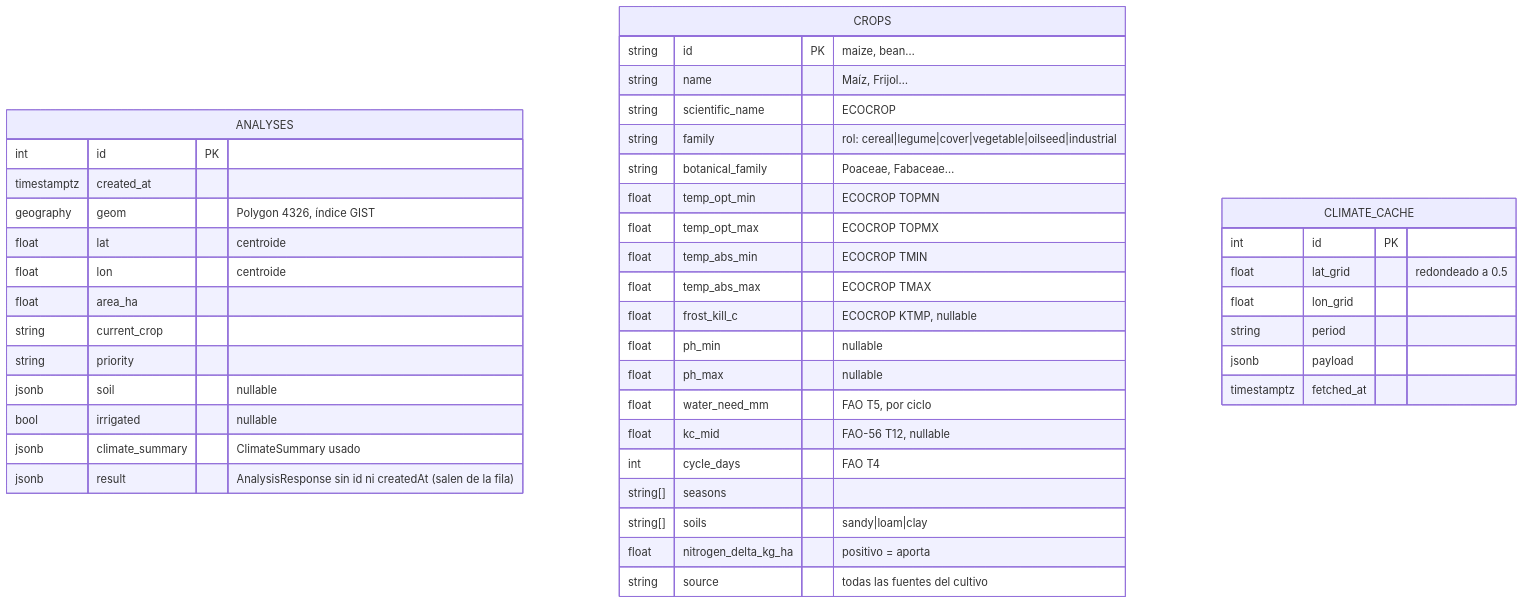
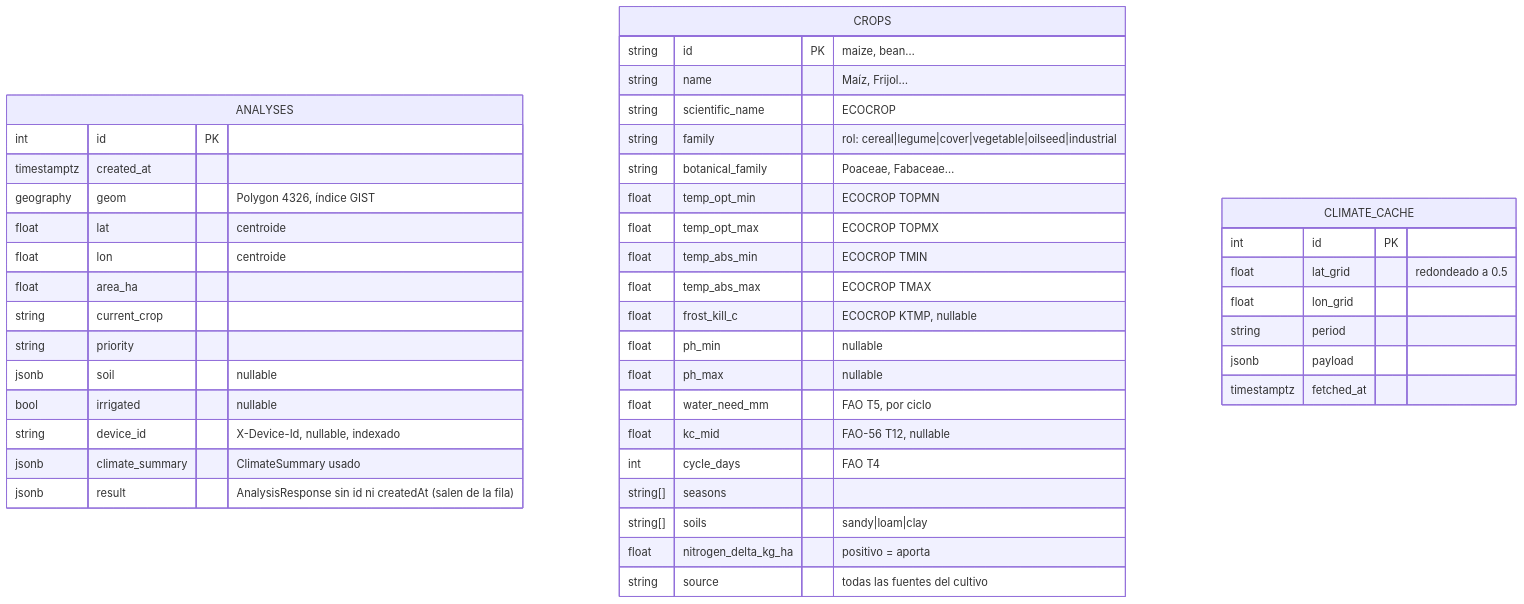
One commit to Maurongas/AgroBytes changed the third of 3 diagrams in docs/ARQUITECTURA.md. Above: the diagram before and after it, drawn with Mermaid. The commit also changed other lines of this file and 20 other files, not shown here.

````diff
--- a/docs/ARQUITECTURA.md
+++ b/docs/ARQUITECTURA.md
@@ -297,46 +337,47 @@
 ```mermaid
 erDiagram
     ANALYSES {
         int id PK
         timestamptz created_at
         geography geom "Polygon 4326, índice GIST"
         float lat "centroide"
         float lon "centroide"
         float area_ha
         string current_crop
         string priority
         jsonb soil "nullable"
         bool irrigated "nullable"
+        string device_id "X-Device-Id, nullable, indexado"
         jsonb climate_summary "ClimateSummary usado"
         jsonb result "AnalysisResponse sin id ni createdAt (salen de la fila)"
     }
     CROPS {
         string id PK "maize, bean…"
         string name "Maíz, Frijol…"
         string scientific_name "ECOCROP"
         string family "rol: cereal|legume|cover|vegetable|oilseed|industrial"
         string botanical_family "Poaceae, Fabaceae…"
         float temp_opt_min "ECOCROP TOPMN"
         float temp_opt_max "ECOCROP TOPMX"
         float temp_abs_min "ECOCROP TMIN"
         float temp_abs_max "ECOCROP TMAX"
         float frost_kill_c "ECOCROP KTMP, nullable"
         float ph_min "nullable"
         float ph_max "nullable"
         float water_need_mm "FAO T5, por ciclo"
         float kc_mid "FAO-56 T12, nullable"
         int cycle_days "FAO T4"
         string[] seasons
         string[] soils "sandy|loam|clay"
         float nitrogen_delta_kg_ha "positivo = aporta"
         string source "todas las fuentes del cultivo"
     }
     CLIMATE_CACHE {
         int id PK
         float lat_grid "redondeado a 0.5"
         float lon_grid
         string period
         jsonb payload
         timestamptz fetched_at
     }
 ```
````
